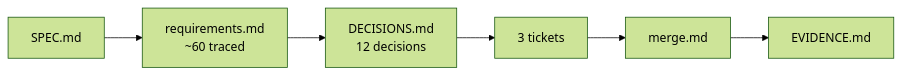
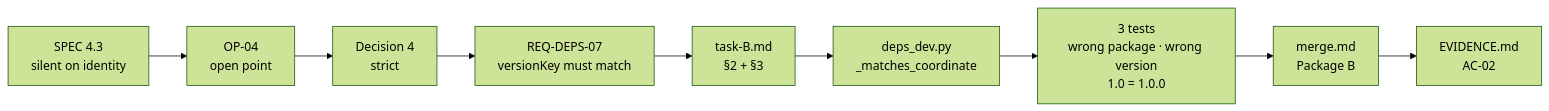
One commit to tho-ple/MSE-AI-LAB-03 changed the third of 6 diagrams in video/presentation.md. Above: the diagram before and after it, drawn with Mermaid (forest theme). The commit also changed other lines of this file and 1 other file, not shown here.

Commit message:
Highlight the spec-driven workflow in the video

````diff
--- a/video/presentation.md
+++ b/video/presentation.md
@@ -24,4 +72,11 @@
 ```mermaid
 flowchart LR
-    S["SPEC.md"] --> R["requirements.md<br/>~60 traced"] --> DEC["DECISIONS.md<br/>12 decisions"] --> T["3 tickets"] --> M["merge.md"] --> E["EVIDENCE.md"]
+    S["SPEC 4.3<br/>silent on identity"] --> OP["OP-04<br/>open point"]
+    OP --> D["Decision 4<br/>strict"]
+    D --> R["REQ-DEPS-07<br/>versionKey must match"]
+    R --> T["task-B.md<br/>§2 + §3"]
+    T --> C["deps_dev.py<br/>_matches_coordinate"]
+    C --> X["3 tests<br/>wrong package · wrong version<br/>1.0 = 1.0.0"]
+    X --> M["merge.md<br/>Package B"]
+    M --> E["EVIDENCE.md<br/>AC-02"]
 ```
````
